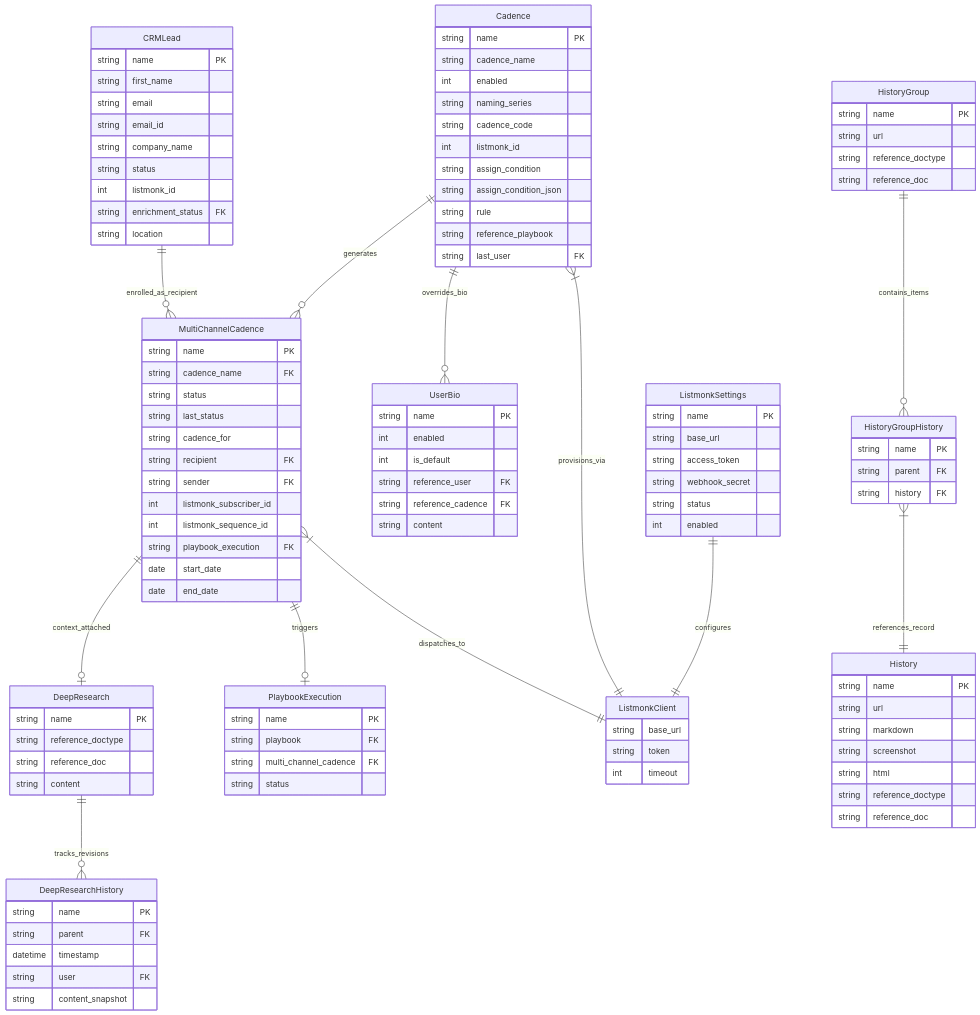
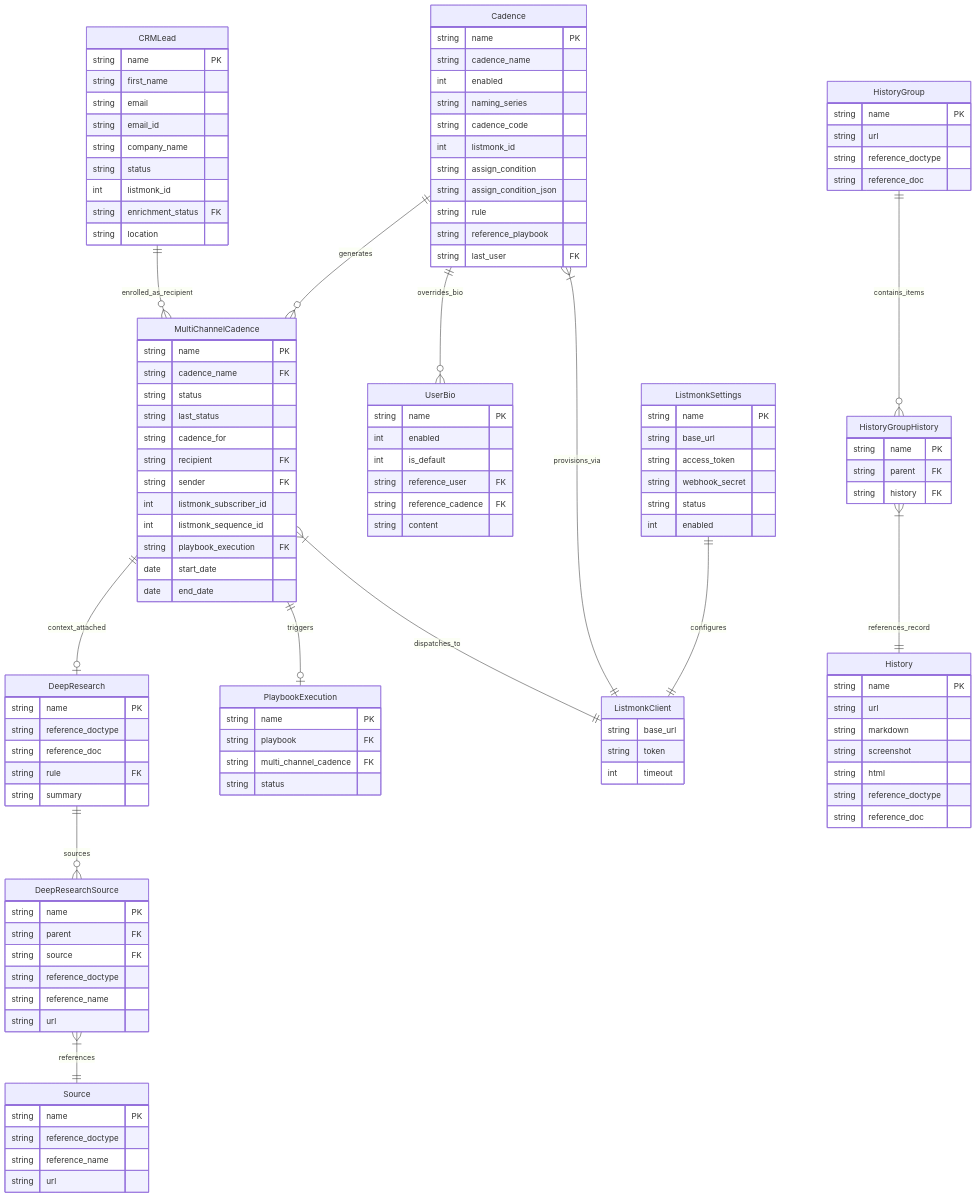
The diagram in docs/architecture/c4/03-component.md (aurumorcom/frappe-cadence), drawn with Mermaid before and after one commit. The commit also changed other lines of this file and 6 other files, not shown here.

```diff
--- a/docs/architecture/c4/03-component.md
+++ b/docs/architecture/c4/03-component.md
@@ -11,7 +11,8 @@
     Cadence ||--o{ UserBio : "overrides_bio"
     CRMLead ||--o{ MultiChannelCadence : "enrolled_as_recipient"
     MultiChannelCadence ||--o| DeepResearch : "context_attached"
-    DeepResearch ||--o{ DeepResearchHistory : "tracks_revisions"
+    DeepResearch ||--o{ DeepResearchSource : "sources"
+    DeepResearchSource }|--|| Source : "references"
     MultiChannelCadence ||--o| PlaybookExecution : "triggers"
     HistoryGroup ||--o{ HistoryGroupHistory : "contains_items"
     HistoryGroupHistory }|--|| History : "references_record"
@@ -73,15 +74,24 @@
         string name PK
         string reference_doctype
         string reference_doc
-        string content
+        string rule FK
+        string summary
     }
 
-    DeepResearchHistory {
+    DeepResearchSource {
         string name PK
         string parent FK
-        datetime timestamp
-        string user FK
-        string content_snapshot
+        string source FK
+        string reference_doctype
+        string reference_name
+        string url
+    }
+
+    Source {
+        string name PK
+        string reference_doctype
+        string reference_name
+        string url
     }
 
     History {
```
